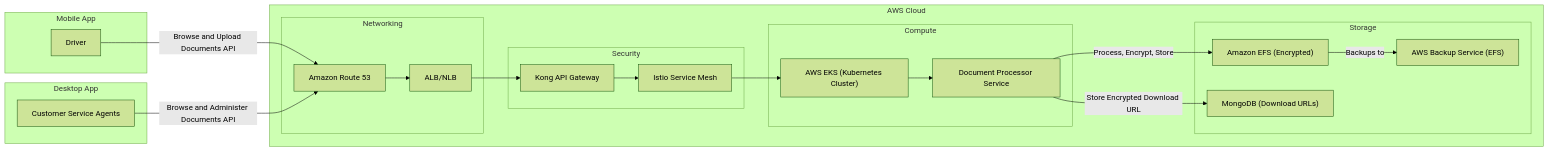
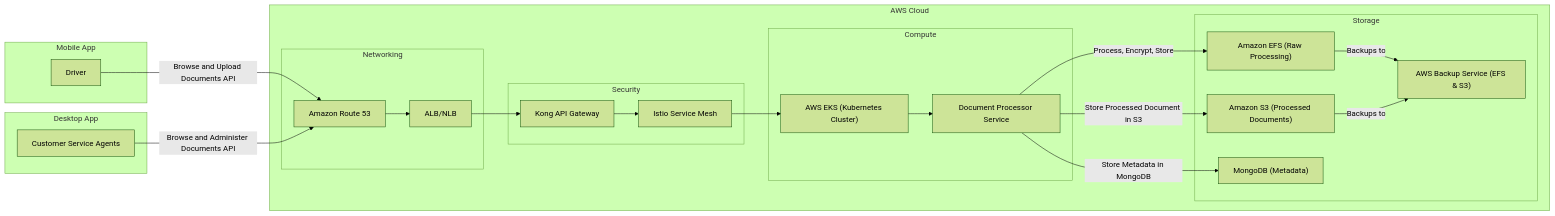
The first of 2 diagrams in NewArchitecture.md (FedericoDelSaz/sre-test), drawn with Mermaid (forest theme) before and after one commit. The commit also changed other lines of this file, not shown here.

Commit message:
fix diagrams

````diff
--- a/NewArchitecture.md
+++ b/NewArchitecture.md
@@ -20,40 +20,42 @@
 ```mermaid
 graph LR
   subgraph "Mobile App"
   Drivers["Driver"]
   end
   subgraph "Desktop App"
   Agents["Customer Service Agents"]
   end
   subgraph "AWS Cloud"
     subgraph "Networking"
       Route53["Amazon Route 53"]
       ALB["ALB/NLB"]
     end
     subgraph "Security"
       Kong["Kong API Gateway"]
       Istio["Istio Service Mesh"]
     end
     subgraph "Compute"
       EKS["AWS EKS (Kubernetes Cluster)"]
       DocService["Document Processor Service"]
     end
     subgraph "Storage"
-      EFS["Amazon EFS (Encrypted)"]
-      MongoDB["MongoDB (Download URLs)"]
-      AWSBackup["AWS Backup Service (EFS)"]
+      EFS["Amazon EFS (Raw Processing)"]
+      S3["Amazon S3 (Processed Documents)"]
+      MongoDB["MongoDB (Metadata)"]
+      AWSBackup["AWS Backup Service (EFS & S3)"]
     end
   end
 
   Drivers-- "Browse and Upload Documents API" -->Route53
   Agents-- "Browse and Administer Documents API" -->Route53
   Route53 --> ALB
   ALB --> Kong
   Kong --> Istio
   Istio --> EKS
   EKS --> DocService
   DocService-- "Process, Encrypt, Store" --> EFS
-  DocService-- "Store Encrypted Download URL" --> MongoDB
+  DocService-- "Store Processed Document in S3" --> S3
+  DocService-- "Store Metadata in MongoDB" --> MongoDB
   EFS-- "Backups to" --> AWSBackup
-
+  S3-- "Backups to" --> AWSBackup
 ```
````
